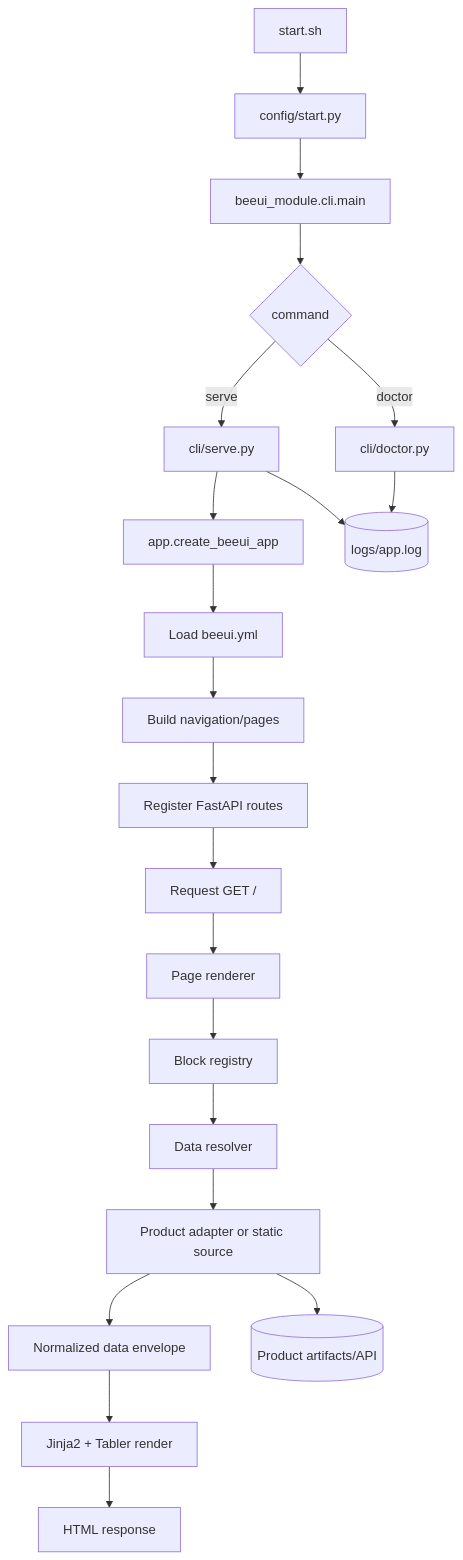
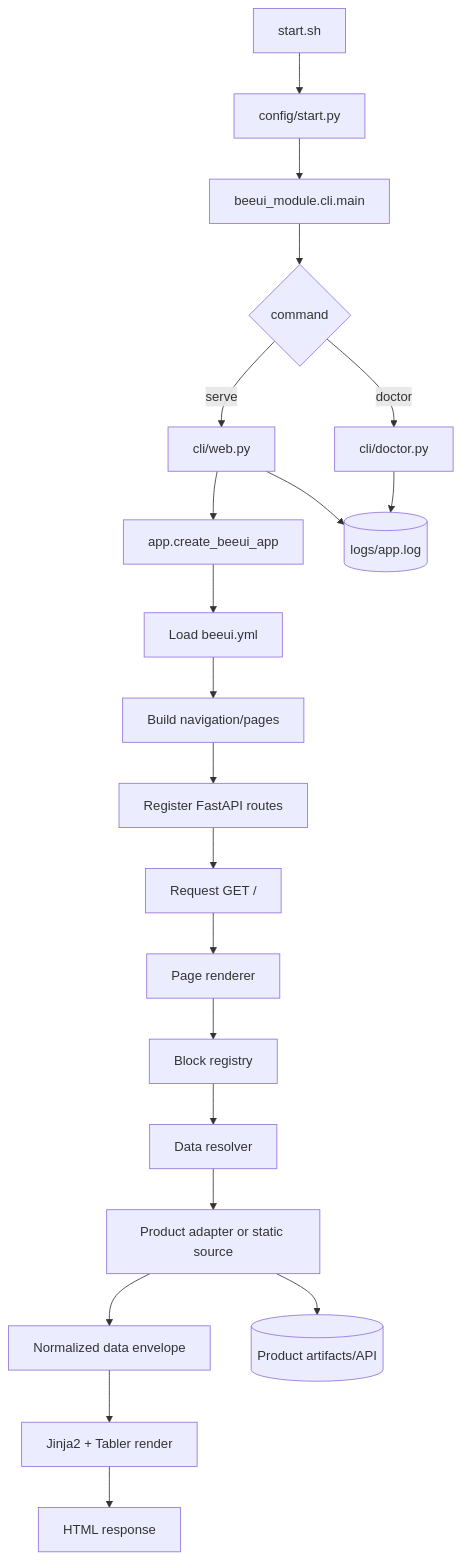
One commit to beesyst/beeui changed the first of 3 diagrams in docs/ARCHITECTURE.md. Above: the diagram before and after it, drawn with Mermaid. The commit also changed other lines of this file and 27 other files, not shown here.

````diff
--- a/docs/ARCHITECTURE.md
+++ b/docs/ARCHITECTURE.md
@@ -671,27 +671,27 @@
 ```mermaid
 flowchart TD
   A[start.sh] --> B[config/start.py]
   B --> C[beeui_module.cli.main]
   C --> D{command}
 
   D -->|doctor| E[cli/doctor.py]
-  D -->|serve| F[cli/serve.py]
+  D -->|serve| F[cli/web.py]
 
   F --> G[app.create_beeui_app]
   G --> H[Load beeui.yml]
   H --> I[Build navigation/pages]
   I --> J[Register FastAPI routes]
 
   J --> K[Request GET /]
   K --> L[Page renderer]
   L --> M[Block registry]
   M --> N[Data resolver]
   N --> O[Product adapter or static source]
   O --> P[Normalized data envelope]
   P --> Q[Jinja2 + Tabler render]
   Q --> R[HTML response]
 
   O --> S[(Product artifacts/API)]
   E --> T[(logs/app.log)]
   F --> T
 ```
````
